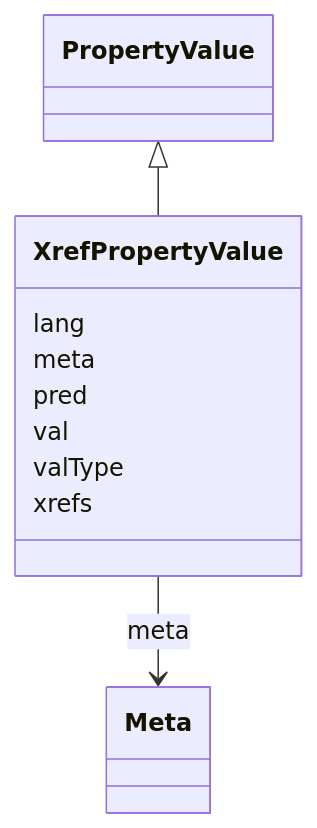
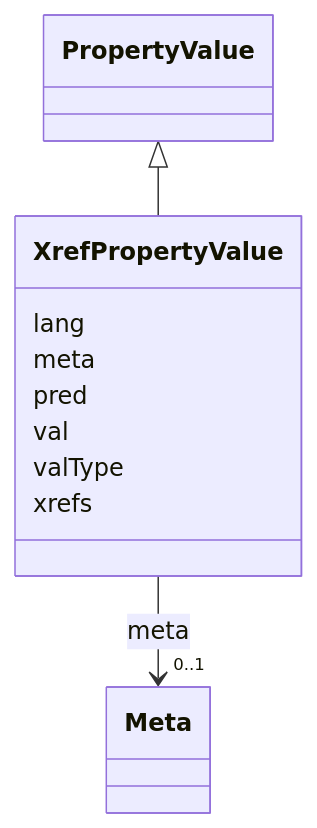
Before and after one commit to INCATools/ontology-access-kit: the diagram in obograph/XrefPropertyValue.md, drawn with Mermaid. The commit also changed other lines of this file and 3329 other files, not shown here.

````diff
--- a/obograph/XrefPropertyValue.md
+++ b/obograph/XrefPropertyValue.md
@@ -17,21 +19,28 @@
 ```{mermaid}
  classDiagram
     class XrefPropertyValue
+    click XrefPropertyValue href "../XrefPropertyValue"
       PropertyValue <|-- XrefPropertyValue
+        click PropertyValue href "../PropertyValue"
       
       XrefPropertyValue : lang
         
       XrefPropertyValue : meta
         
-          XrefPropertyValue --> Meta : meta
+          
+    
+    
+    XrefPropertyValue --> "0..1" Meta : meta
+    click Meta href "../Meta"
+
         
       XrefPropertyValue : pred
         
       XrefPropertyValue : val
         
       XrefPropertyValue : valType
         
       XrefPropertyValue : xrefs
         
       
 ```
````
